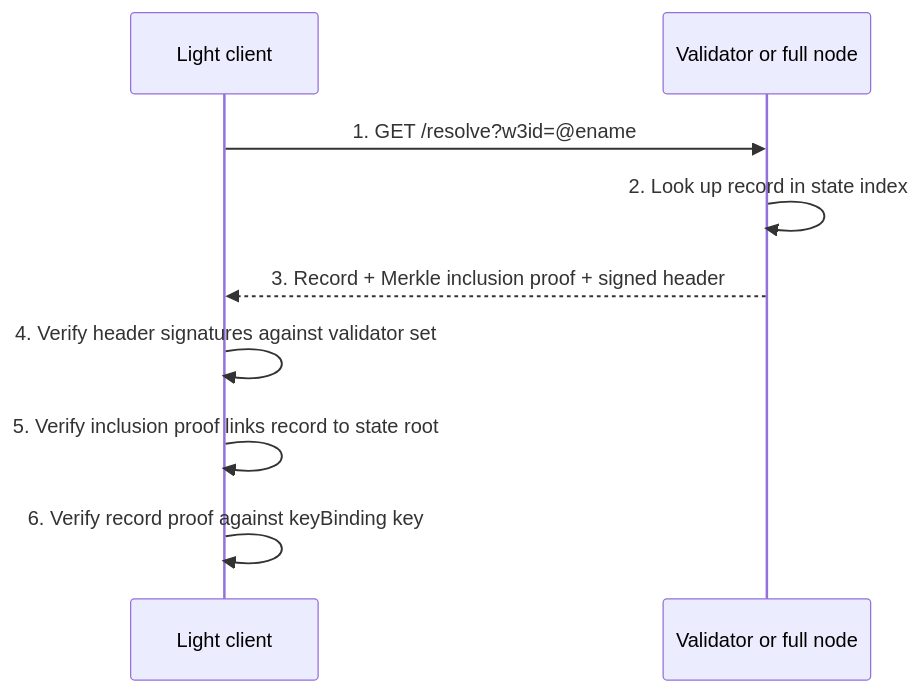
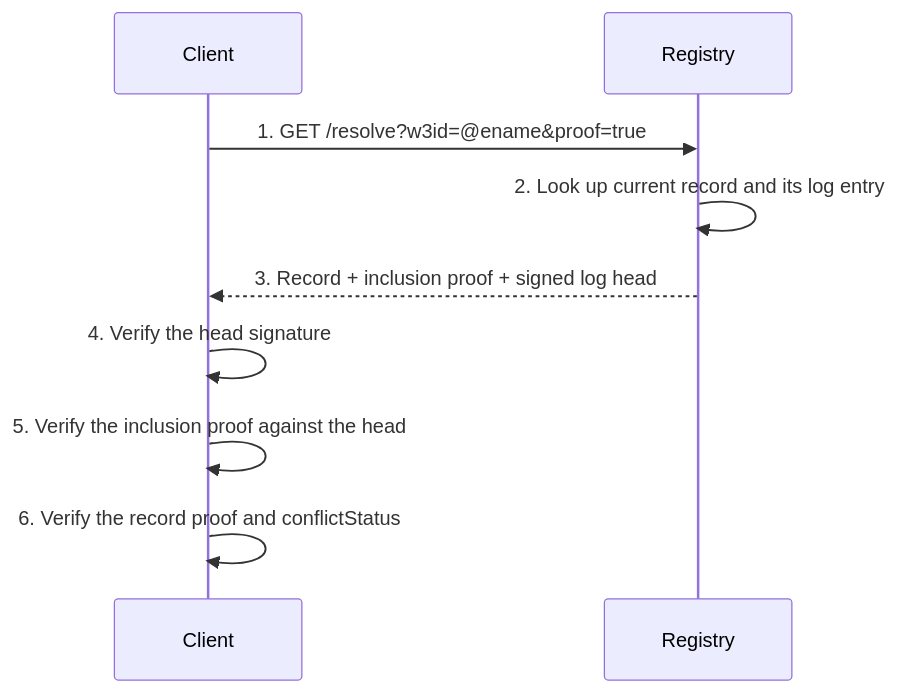
The third of 4 diagrams in content/docs/architecture/decentralised-registry/ledger-anchored.md (w3ds-docs/w3ds-docs), drawn with Mermaid before and after one commit. The commit also changed other lines of this file and 4 other files, not shown here.

````diff
--- a/content/docs/architecture/decentralised-registry/ledger-anchored.md
+++ b/content/docs/architecture/decentralised-registry/ledger-anchored.md
@@ -180,11 +144,11 @@
 ```mermaid
 sequenceDiagram
-    participant Client as Light client
-    participant V as Validator or full node
-    Client->>V: 1. GET /resolve?w3id=@ename
-    V->>V: 2. Look up record in state index
-    V-->>Client: 3. Record + Merkle inclusion proof + signed header
-    Client->>Client: 4. Verify header signatures against validator set
-    Client->>Client: 5. Verify inclusion proof links record to state root
-    Client->>Client: 6. Verify record proof against keyBinding key
+    participant Client as Client
+    participant R as Registry
+    Client->>R: 1. GET /resolve?w3id=@ename&proof=true
+    R->>R: 2. Look up current record and its log entry
+    R-->>Client: 3. Record + inclusion proof + signed log head
+    Client->>Client: 4. Verify the head signature
+    Client->>Client: 5. Verify the inclusion proof against the head
+    Client->>Client: 6. Verify the record proof and conflictStatus
 ```
````
